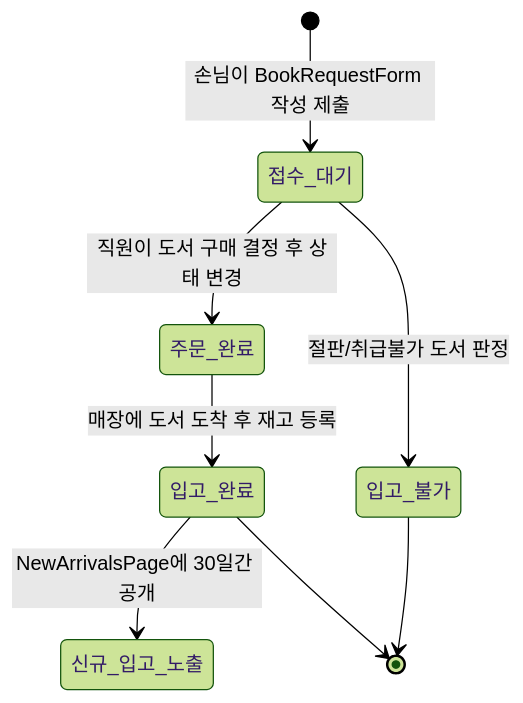
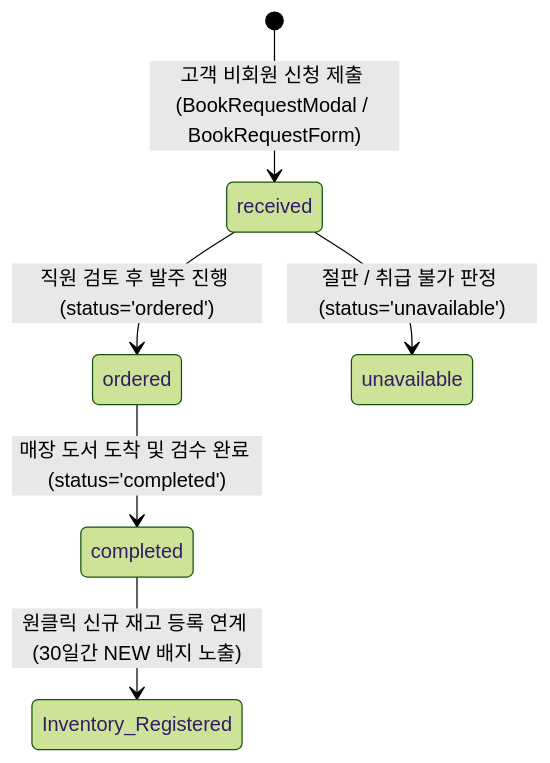
The fourth of 4 diagrams in docs/FLOWS_AND_SCENARIOS.md (SHINJAEHEE-DEV/CartoonPlus), drawn with Mermaid (forest theme) before and after one commit. The commit also changed other lines of this file and 2 other files, not shown here.

````diff
--- a/docs/FLOWS_AND_SCENARIOS.md
+++ b/docs/FLOWS_AND_SCENARIOS.md
@@ -116,11 +109,8 @@
 ```mermaid
 stateDiagram-v2
-    [*] --> 접수_대기 : 손님이 BookRequestForm 작성 제출
-    접수_대기 --> 주문_완료 : 직원이 도서 구매 결정 후 상태 변경
-    접수_대기 --> 입고_불가 : 절판/취급불가 도서 판정
-
-    주문_완료 --> 입고_완료 : 매장에 도서 도착 후 재고 등록
-    입고_완료 --> 신규_입고_노출 : NewArrivalsPage에 30일간 공개
-    입고_완료 --> [*]
-    입고_불가 --> [*]
+    [*] --> received : 고객 비회원 신청 제출 (BookRequestModal / BookRequestForm)
+    received --> ordered : 직원 검토 후 발주 진행 (status='ordered')
+    received --> unavailable : 절판 / 취급 불가 판정 (status='unavailable')
+    ordered --> completed : 매장 도서 도착 및 검수 완료 (status='completed')
+    completed --> Inventory_Registered : 원클릭 신규 재고 등록 연계 (30일간 NEW 배지 노출)
 ```
````
